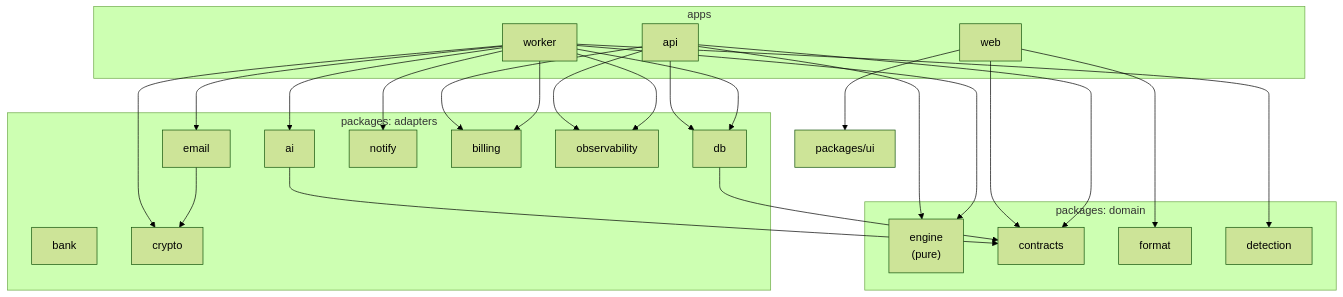
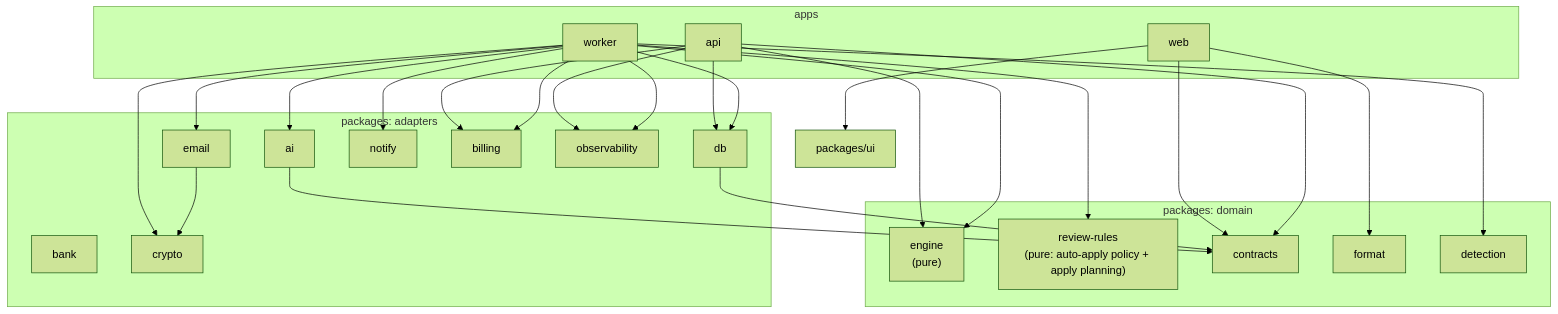
Before and after one commit to JaySingh86/MoneyPilotAI: the third of 9 diagrams in docs/architecture/ARCHITECTURE.md, drawn with Mermaid (forest theme). The commit also changed 2 other files, not shown here.

Commit message:
Spec: WP-14 decisions (review-rules package, WP-22 and WP-24 follow-ups)

````diff
--- a/docs/architecture/ARCHITECTURE.md
+++ b/docs/architecture/ARCHITECTURE.md
@@ -84,46 +84,48 @@
 ```mermaid
 flowchart TB
   subgraph apps
     web
     api
     worker
   end
   subgraph domain["packages: domain"]
     engine["engine<br/>(pure)"]
+    reviewrules["review-rules<br/>(pure: auto-apply policy + apply planning)"]
     contracts
     format
     detection
   end
   subgraph infra_pkgs["packages: adapters"]
     db
     email
     ai
     notify
     billing
     bank
     crypto
     observability
   end
   ui[packages/ui]
 
   web --> contracts
   web --> format
   web --> ui
   api --> contracts
   api --> engine
   api --> db
   api --> billing
   api --> observability
   worker --> engine
   worker --> db
   worker --> email
   worker --> ai
   worker --> notify
   worker --> detection
+  worker --> reviewrules
   worker --> crypto
   worker --> billing
   worker --> observability
   ai --> contracts
   email --> crypto
   db --> contracts
 ```
````
